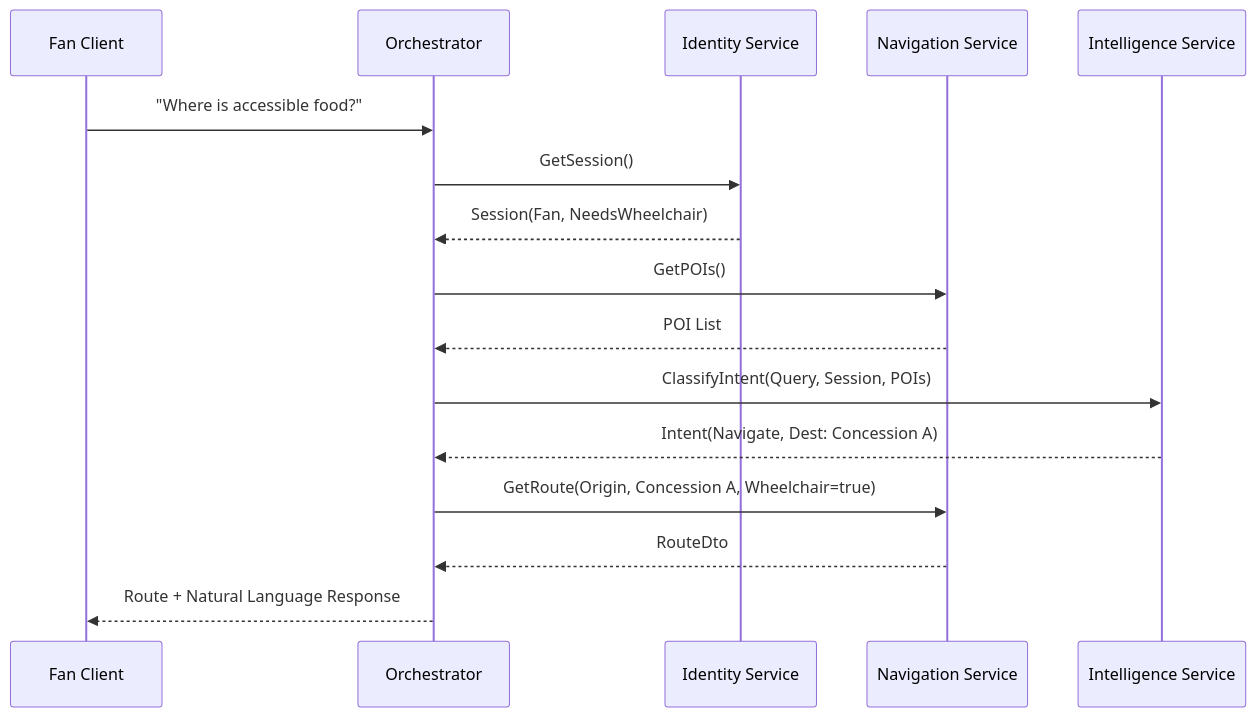
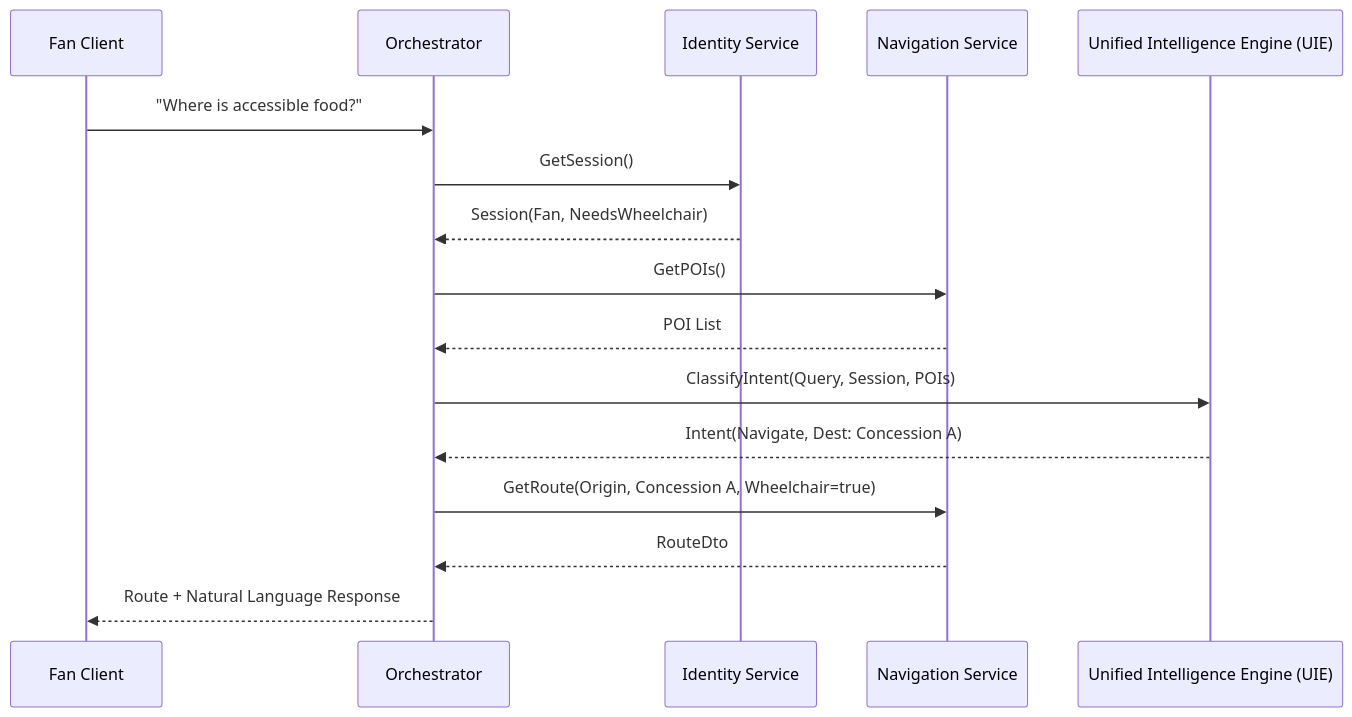
One commit to KumarNayan11/fifa-coos changed the second of 2 diagrams in docs/architecture/API_DESIGN.md. Above: the diagram before and after it, drawn with Mermaid. The commit also changed other lines of this file and 8 other files, not shown here.

````diff
--- a/docs/architecture/API_DESIGN.md
+++ b/docs/architecture/API_DESIGN.md
@@ -178,19 +180,19 @@
 ```mermaid
 sequenceDiagram
     participant Fan as Fan Client
     participant Orch as Orchestrator
     participant Id as Identity Service
     participant Nav as Navigation Service
-    participant AI as Intelligence Service
+    participant AI as Unified Intelligence Engine (UIE)
     
     Fan->>Orch: "Where is accessible food?"
     Orch->>Id: GetSession()
     Id-->>Orch: Session(Fan, NeedsWheelchair)
     Orch->>Nav: GetPOIs()
     Nav-->>Orch: POI List
     Orch->>AI: ClassifyIntent(Query, Session, POIs)
     AI-->>Orch: Intent(Navigate, Dest: Concession A)
     Orch->>Nav: GetRoute(Origin, Concession A, Wheelchair=true)
     Nav-->>Orch: RouteDto
     Orch-->>Fan: Route + Natural Language Response
 ```
````
